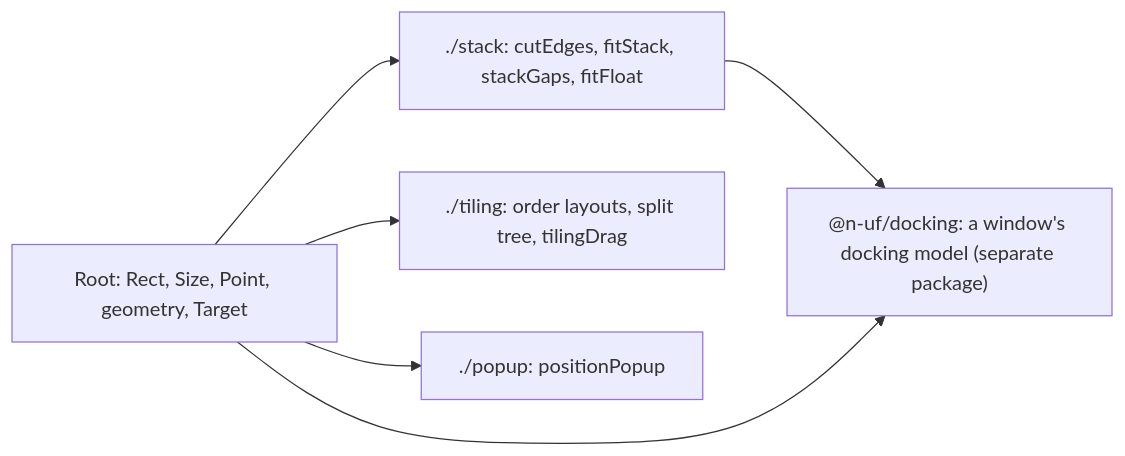
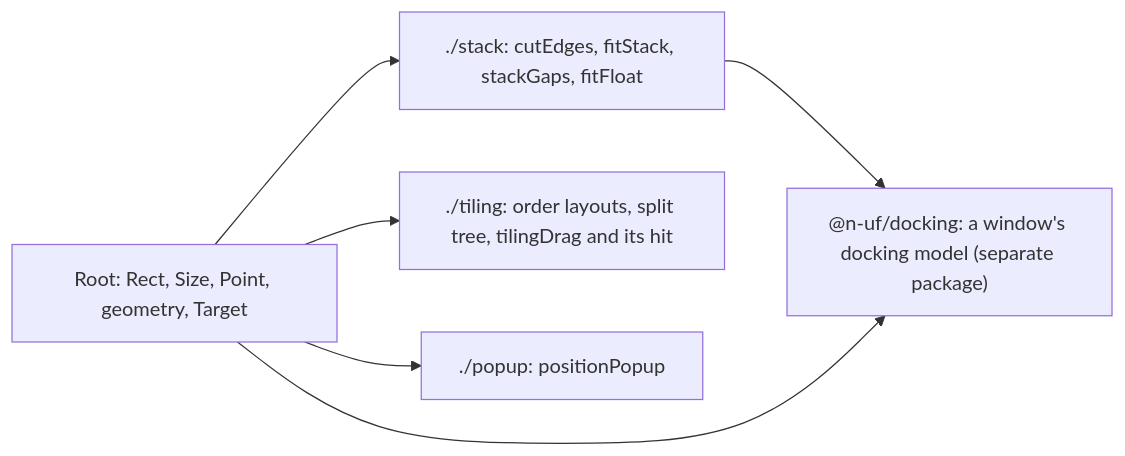
Before and after one commit to n-uf/motion: the diagram in docs/placement.md, drawn with Mermaid. The commit also changed other lines of this file and 1 other file, not shown here.

Commit message:
docs(placement): the tiling drag's hit half as built: one zone map per drag, the hold rule, existence from the refusal, the run-neighbor rule, convex zones, the conformance properties, and an example with @n-uf/motion/drag

````diff
--- a/docs/placement.md
+++ b/docs/placement.md
@@ -33,13 +35,13 @@
 ```mermaid
 flowchart LR
   root["Root: Rect, Size, Point, geometry, Target"]
   stack["./stack: cutEdges, fitStack, stackGaps, fitFloat"]
-  tiling["./tiling: order layouts, split tree, tilingDrag"]
+  tiling["./tiling: order layouts, split tree, tilingDrag and its hit"]
   popup["./popup: positionPopup"]
   docking["@n-uf/docking: a window's docking model (separate package)"]
   root --> stack
   root --> tiling
   root --> popup
   stack --> docking
   root --> docking
 ```
````
